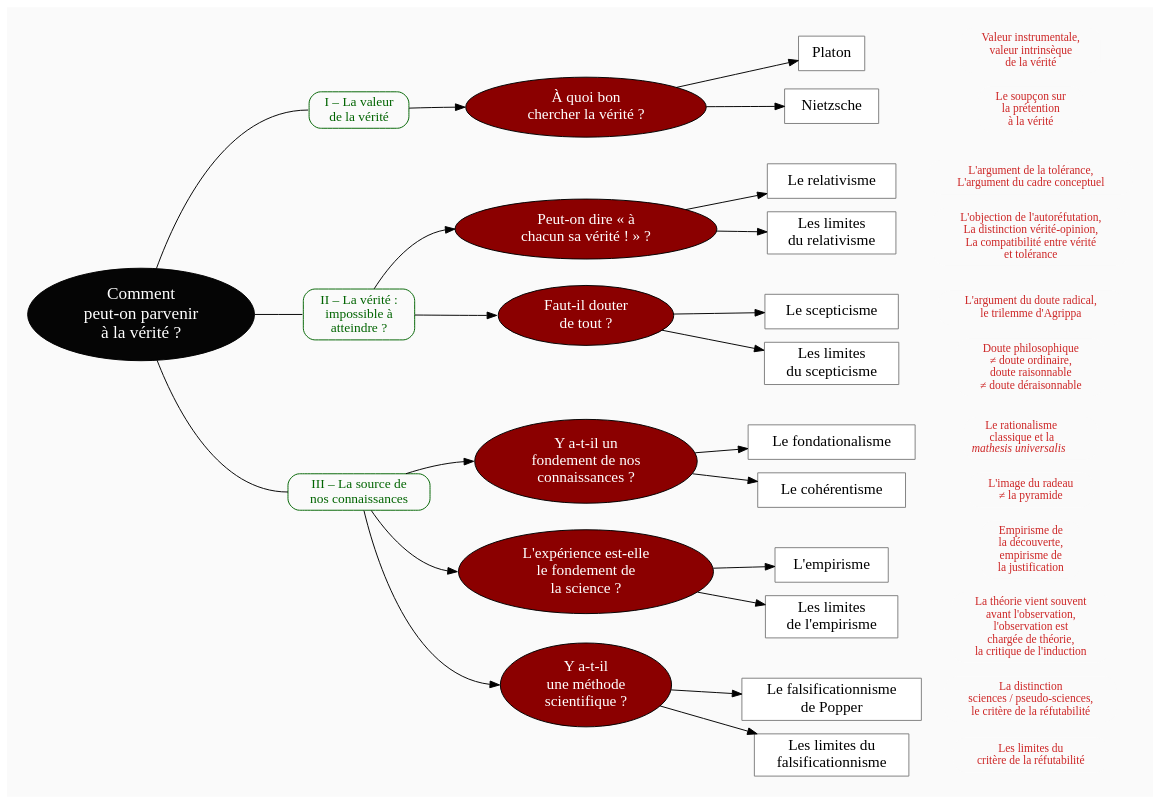
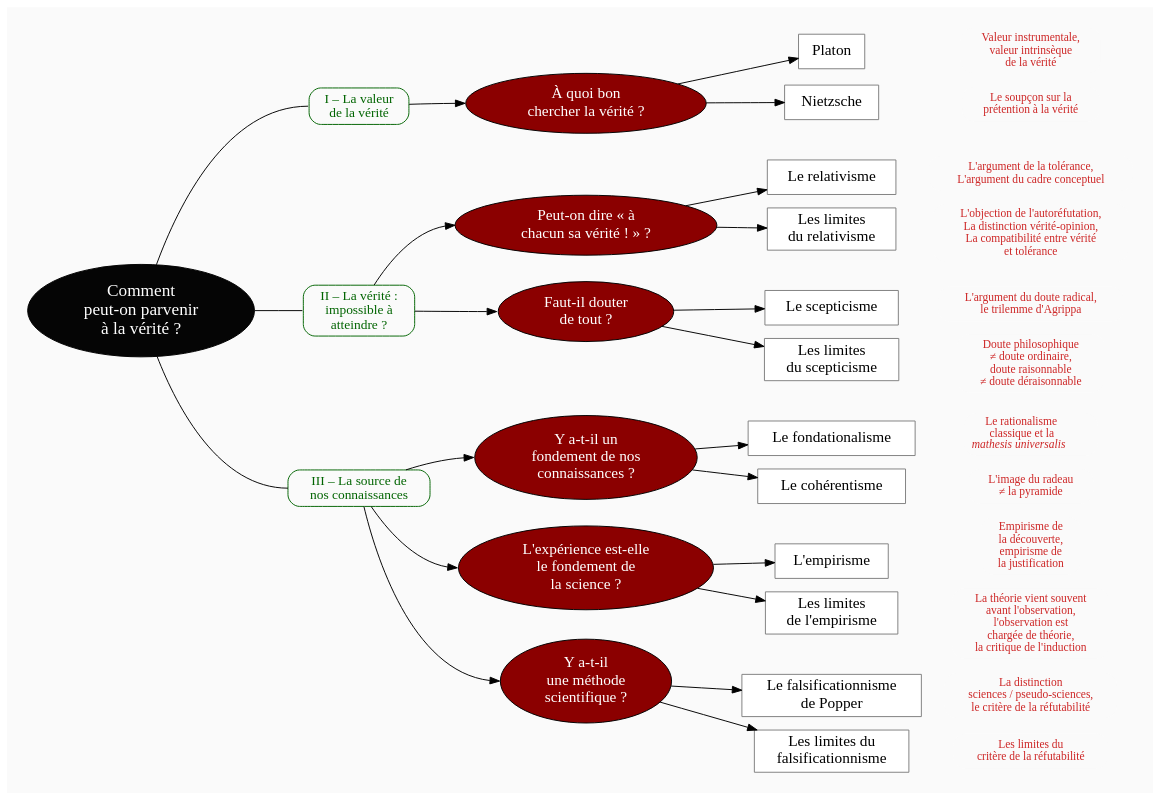
Before and after one commit to eyssette/graphviz-examples: the diagram in plans/plan-cours-details-epistemologie.dot, drawn with Graphviz. The commit also changed 1 other file, not shown here.

```diff
--- a/plans/plan-cours-details-epistemologie.dot
+++ b/plans/plan-cours-details-epistemologie.dot
@@ -1,189 +1,188 @@
 digraph G {
 // Template : diagram
 // Usage : 
 rankdir=LR
 splines=true
 //splines=curved
 bgcolor=grey98
 pad=0.3
 style=filled
 edge[minlen=3]
 node[style=filled, fontcolor=white]
 ranksep=0.1
 nodesep=0.2
 
 // NIVEAU 1
 node[fillcolor=grey2, fontsize=18]
 a1[label="Comment
 peut-on parvenir
 à la vérité ?"]
 
 // NIVEAU 2
 node[fontsize=14, shape=rect, fillcolor=grey98, fontcolor=darkgreen, color=darkgreen, style="filled, rounded"]
 a1->p1[headport=w, arrowhead=none,minlen=4]
 a1->p2[headport=w, arrowhead=none]
 a1->p3[headport=w, arrowhead=none]
 
 p1[label="I – La valeur
 de la vérité"]
 p2[label="II – La vérité :
 impossible à
 atteindre ?"]
 p3[label="III – La source de
 nos connaissances"]
 
 {rank=same;p1->p2[style=invis, minlen=12]}
 {rank=same;p1->p2[style=invis, minlen=12]}
 {rank=same;p2->p3[style=invis, minlen=10]}
 
 
 
 node[fontcolor=black, fontsize=16]
 // NIVEAU 3 (sans intermédiaire)
 node [shape=box, fillcolor=white, color=grey50]
 // c1[label=""]
 
 
 
 // INTERMÉDIAIRE AVANT NIVEAU 3
 node[fillcolor=red4, shape=oval, fontcolor=white, color=black, style="filled"]
 // [arrowhead=none]
 // bc1[label=""]
 p1->b1[headport=w]
 p2->b2[headport=w]
 p2->b3[headport=w]
 p3->b4[headport=w]
 p3->b5[headport=w]
 p3->b6[headport=w]
 b1[label="À quoi bon
 chercher la vérité ?"]    
 b2[label="Peut-on dire « à
 chacun sa vérité ! » ?"]
 b3[label="Faut-il douter
 de tout ?"]
 b4[label="Y a-t-il un
 fondement de nos
 connaissances ?"]
 b5[label="L'expérience est-elle
 le fondement de
 la science ?"]
 b6[label="Y a-t-il
 une méthode
 scientifique ?"]
 
 
 {rank=same;b1->b2[style=invis, minlen=3]}
 {rank=same;b2->b3[style=invis, minlen=2]}
 {rank=same;b3->b4[style=invis, minlen=2]}
 {rank=same;b4->b5->b6[style=invis, minlen=2]}
 
 // NIVEAU 3 (avec intermédiaire)
 node[fillcolor=white, shape=box, color=grey50, fontcolor=black]
 // c1[label=""]
 b1->{c1,c2}
 c1[label="Platon"]
 c2[label="Nietzsche"]
 
 b2->{c3,c4}
 c3[label="Le relativisme"]
 c4[label="Les limites
 du relativisme"]
 
 b3->{c5,c6}
 c5[label="Le scepticisme"]
 c6[label="Les limites
 du scepticisme"]
 
 b4->{c7,c8}
 c7[label="Le fondationalisme"]
 c8[label="Le cohérentisme"]
 
 b5->{c9,c10}
 c9[label="L'empirisme"]
 c10[label="Les limites
 de l'empirisme"]
 
 b6->{c11,c12}
 c11[label="Le falsificationnisme
 de Popper"]
 c12[label="Les limites du
 falsificationnisme"]
 
 
 {rank=same;c2->c3[style=invis, minlen=3]}
 {rank=same;c4->c5[style=invis, minlen=3]}
 {rank=same;c6->c7[style=invis, minlen=3]}
 {rank=same;c8->c9[style=invis, minlen=3]}
 {rank=same;c10->c11[style=invis, minlen=3]}
 
 // NIVEAU 4
 node[style="filled,rounded", fillcolor=white, shape=box, color=grey50]
 // d1[label=""]
 
 
 // ÉTIQUETTES EN ROUGE
 node[shape=plaintext, fontcolor=firebrick3, fillcolor=grey98, fontsize=12]
 // e1[label=< <B>= Titre</B><BR /><BR />Contenu<BR /> >]
 // e1[label=""]
 // ->e1[minlen=1, style=invis]
 
 e1[label="Valeur instrumentale,
 valeur intrinsèque
 de la vérité"]
-e2[label="Le soupçon sur
-la prétention
-à la vérité"]
+e2[label="Le soupçon sur la
+prétention à la vérité"]
 e3[label="L'argument de la tolérance,
 L'argument du cadre conceptuel"]
 e4[label="L'objection de l'autoréfutation,
 La distinction vérité-opinion,
 La compatibilité entre vérité
 et tolérance"]
 e5[label="L'argument du doute radical,
 le trilemme d'Agrippa"]
 e6[label="Doute philosophique
 ≠ doute ordinaire,
  doute raisonnable
 ≠ doute déraisonnable"]
 e7[label=<Le rationalisme<br/>
 classique et la<br/>
 <i>mathesis universalis</i>>]
 e8[label="L'image du radeau
 ≠ la pyramide"]
 e9[label="Empirisme de
 la découverte,
 empirisme de
 la justification"]
 e10[label="La théorie vient souvent
 avant l'observation,
 l'observation est
 chargée de théorie,
 la critique de l'induction"]
 e11[label="La distinction
 sciences / pseudo-sciences,
 le critère de la réfutabilité"]
 e12[label="Les limites du 
 critère de la réfutabilité"]
 
 c1->e1[minlen=1, style=invis]
 c2->e2[minlen=1, style=invis]
 c3->e3[minlen=1, style=invis]
 c4->e4[minlen=1, style=invis]
 c5->e5[minlen=1, style=invis]
 c6->e6[minlen=1, style=invis]
 c7->e7[minlen=1, style=invis]
 c8->e8[minlen=1, style=invis]
 c9->e9[minlen=1, style=invis]
 c10->e10[minlen=1, style=invis]
 c11->e11[minlen=1, style=invis]
 c12->e12[minlen=1, style=invis]
 
 
 // REMARQUES EN BLEU
 node[color=blue, shape=box, margin=0.07, fontcolor=black, fontsize=12, style="dashed", penwidth=0.6]
 edge[color=blue, arrowhead="none", xlabel="", style="dashed", penwidth=0.6]
 // r1[label=""]
 // {rank=same;->r1}
 // {rank=same;r1->[dir=back]}
 
 }
```
